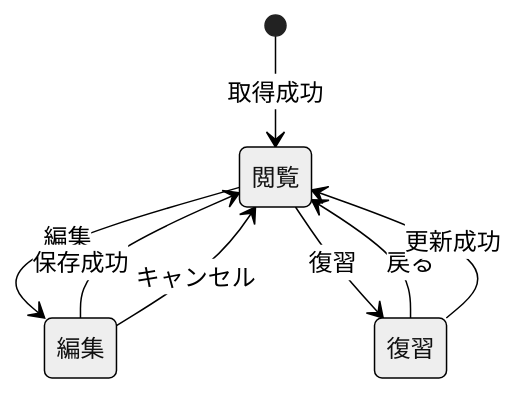
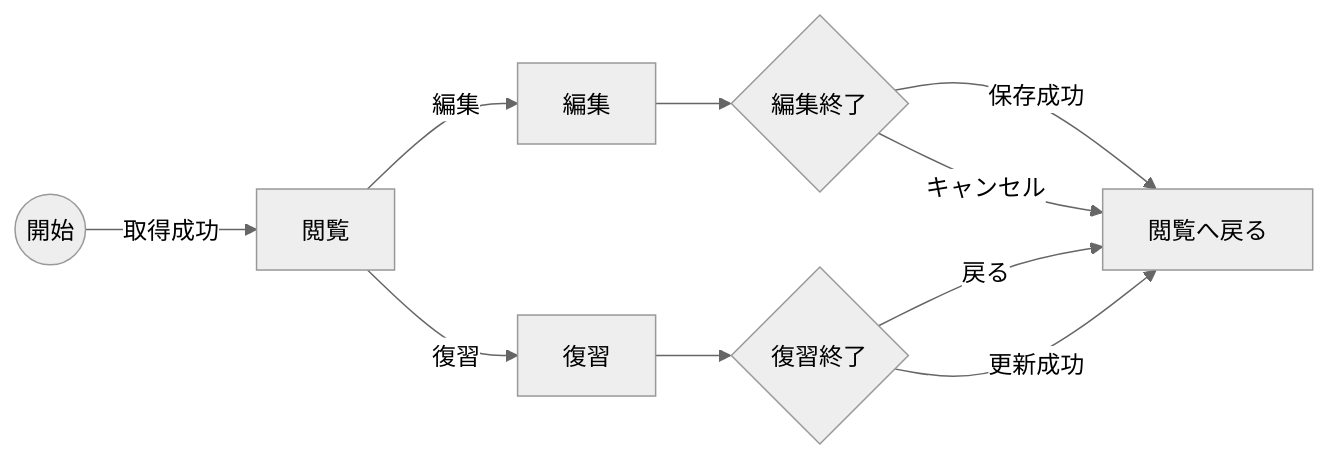
One commit to ka-akehi/Cornell-Method changed the first of 4 diagrams in doc/diagrams/MVP_STATE_DIAGRAMS.md. Above: the diagram before and after it, drawn with Mermaid (neutral theme). The commit also changed other lines of this file and 33 other files, not shown here.

````diff
--- a/doc/diagrams/MVP_STATE_DIAGRAMS.md
+++ b/doc/diagrams/MVP_STATE_DIAGRAMS.md
@@ -20,17 +20,14 @@
 ```mermaid
-stateDiagram-v2
-  state "閲覧" as viewing
-  state "編集" as editing
-  state "復習" as reviewing
+flowchart LR
+  Start((開始)) -->|取得成功| viewing[閲覧]
 
-  [*] --> viewing: 取得成功
+  viewing -->|編集| editing[編集]
+  editing --> edit_exit{編集終了}
+  edit_exit -->|保存成功| return_viewing[閲覧へ戻る]
+  edit_exit -->|キャンセル| return_viewing
 
-  viewing --> editing: 編集
-  viewing --> reviewing: 復習
-
-  editing --> viewing: 保存成功
-  editing --> viewing: キャンセル
-
-  reviewing --> viewing: 戻る
-  reviewing --> viewing: 更新成功
+  viewing -->|復習| reviewing[復習]
+  reviewing --> review_exit{復習終了}
+  review_exit -->|戻る| return_viewing
+  review_exit -->|更新成功| return_viewing
 ```
````
